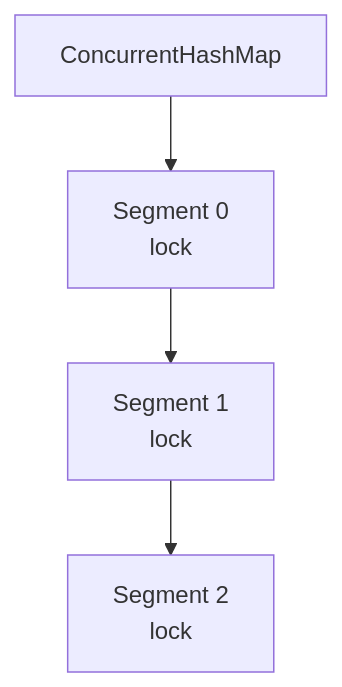
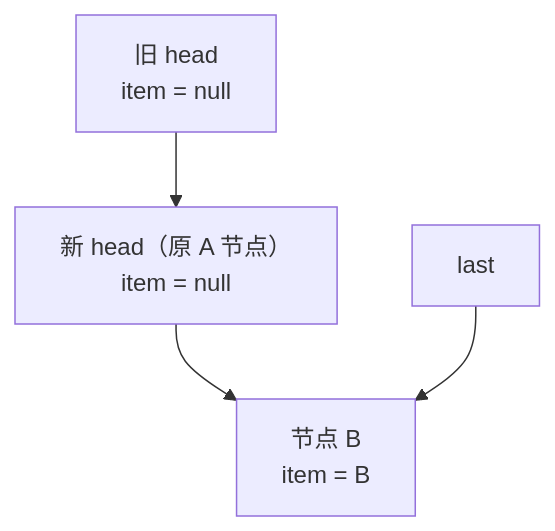
One commit to rebibabo/rebibabo.github.io changed the diagram in images/Java-concurrency/IMG-20260707-000153.mmd. Above: the diagram before and after it, drawn with Mermaid. The commit also changed 472 other files, not shown here.

```diff
--- a/images/Java-concurrency/IMG-20260707-000153.mmd
+++ b/images/Java-concurrency/IMG-20260707-000153.mmd
@@ -1,5 +1,3 @@
-graph TD
-    chm["ConcurrentHashMap"]
-    chm --> seg0["Segment 0<br>lock"]
-    seg0 --> seg1["Segment 1<br>lock"]
-    seg1 --> seg2["Segment 2<br>lock"]
+flowchart TD
+    oldHead["旧 head<br>item = null"] --> newHead["新 head（原 A 节点）<br>item = null"] --> b["节点 B<br>item = B"]
+    last["last"] --> b
```
